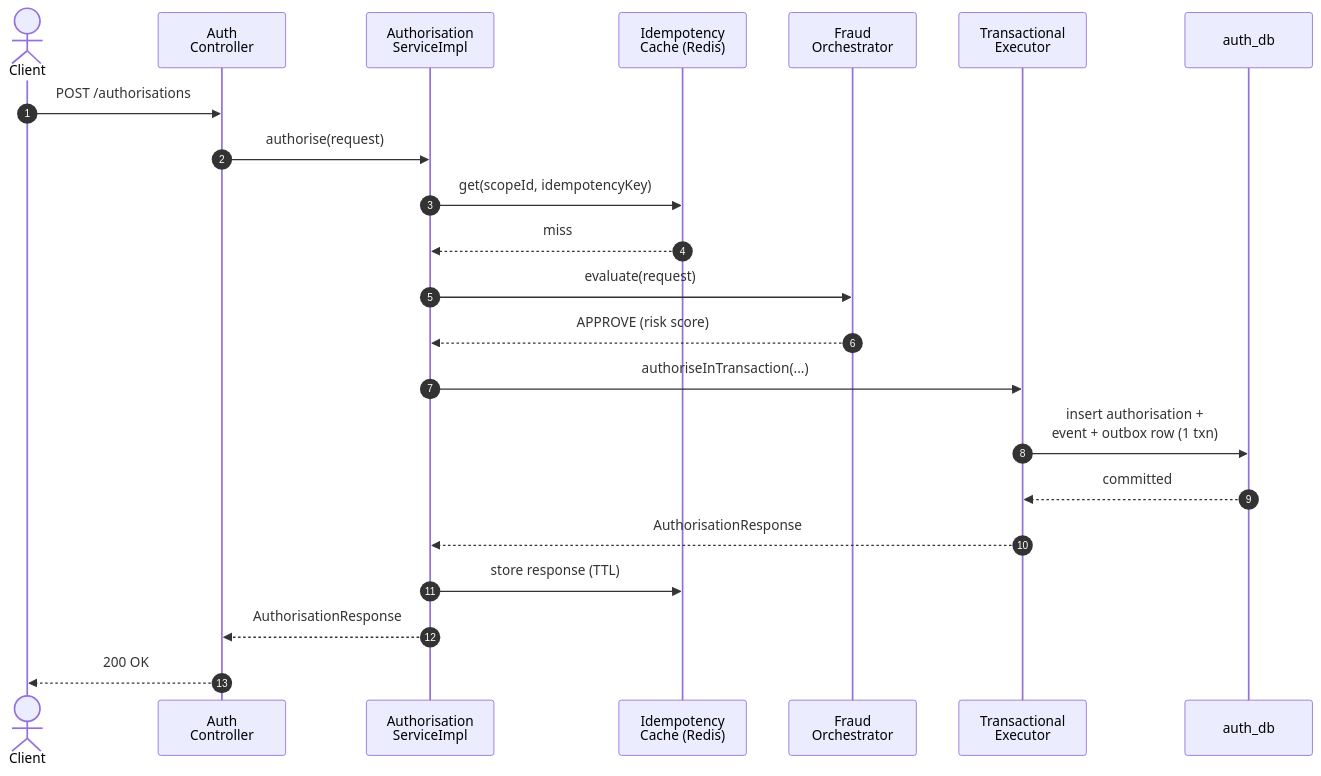
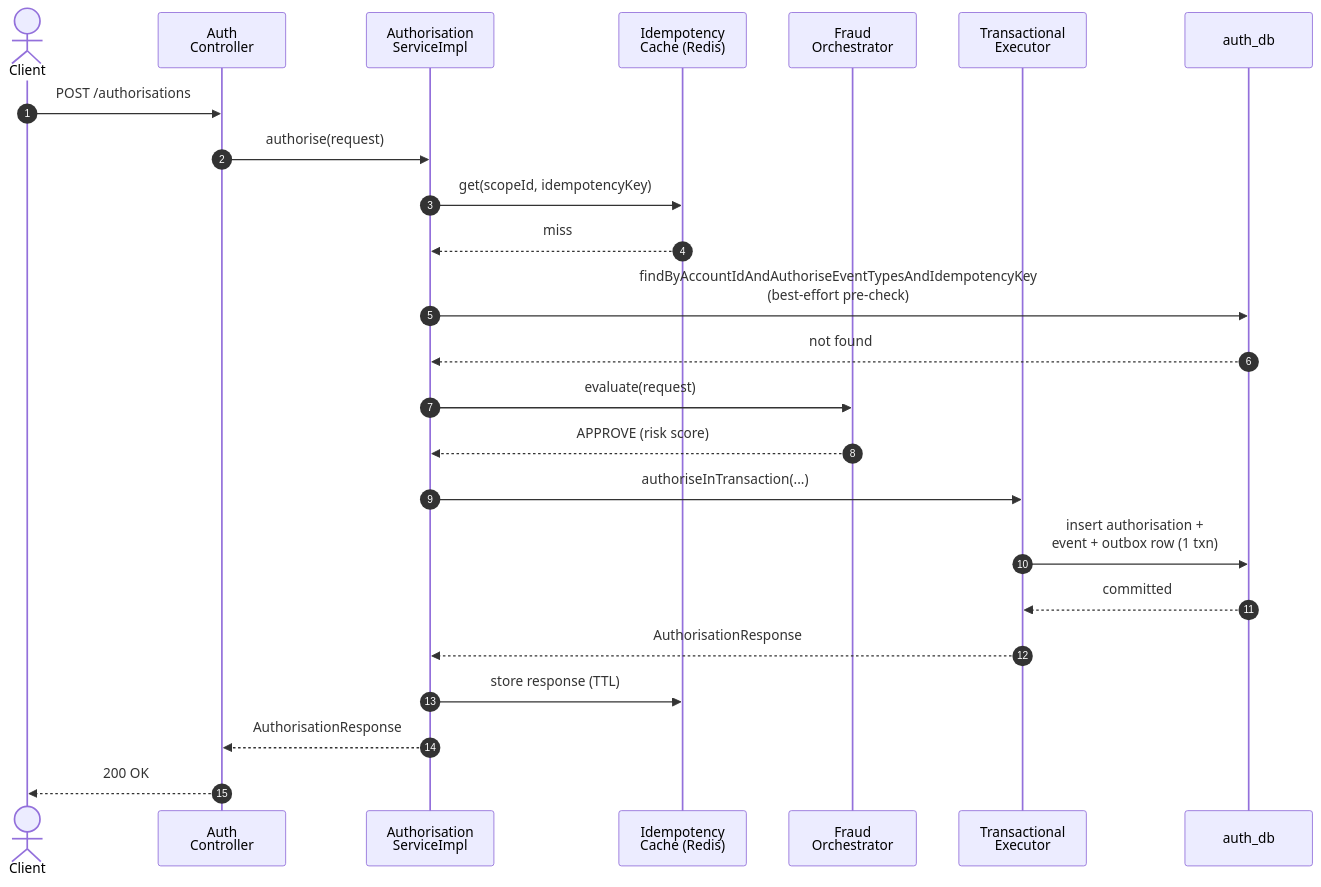
Before and after one commit to ShirongQuan/payment-platform: the diagram in docs/architecture/diagrams/authorise-happy-path.mmd, drawn with Mermaid. The commit also changed 41 other files, not shown here.

Commit message:
Updating diagrams and documentation

```diff
--- a/docs/architecture/diagrams/authorise-happy-path.mmd
+++ b/docs/architecture/diagrams/authorise-happy-path.mmd
@@ -1,23 +1,25 @@
 sequenceDiagram
     autonumber
     actor Client
     participant Ctrl as Auth<br/>Controller
     participant Svc as Authorisation<br/>ServiceImpl
     participant Cache as Idempotency<br/>Cache (Redis)
     participant Fraud as Fraud<br/>Orchestrator
     participant Exec as Transactional<br/>Executor
     participant DB as auth_db
 
     Client ->> Ctrl: POST /authorisations
     Ctrl ->> Svc: authorise(request)
     Svc ->> Cache: get(scopeId, idempotencyKey)
     Cache -->> Svc: miss
+    Svc ->> DB: findByAccountIdAndAuthoriseEventTypesAndIdempotencyKey<br/>(best-effort pre-check)
+    DB -->> Svc: not found
     Svc ->> Fraud: evaluate(request)
     Fraud -->> Svc: APPROVE (risk score)
     Svc ->> Exec: authoriseInTransaction(...)
     Exec ->> DB: insert authorisation +<br/>event + outbox row (1 txn)
     DB -->> Exec: committed
     Exec -->> Svc: AuthorisationResponse
     Svc ->> Cache: store response (TTL)
     Svc -->> Ctrl: AuthorisationResponse
     Ctrl -->> Client: 200 OK
```
